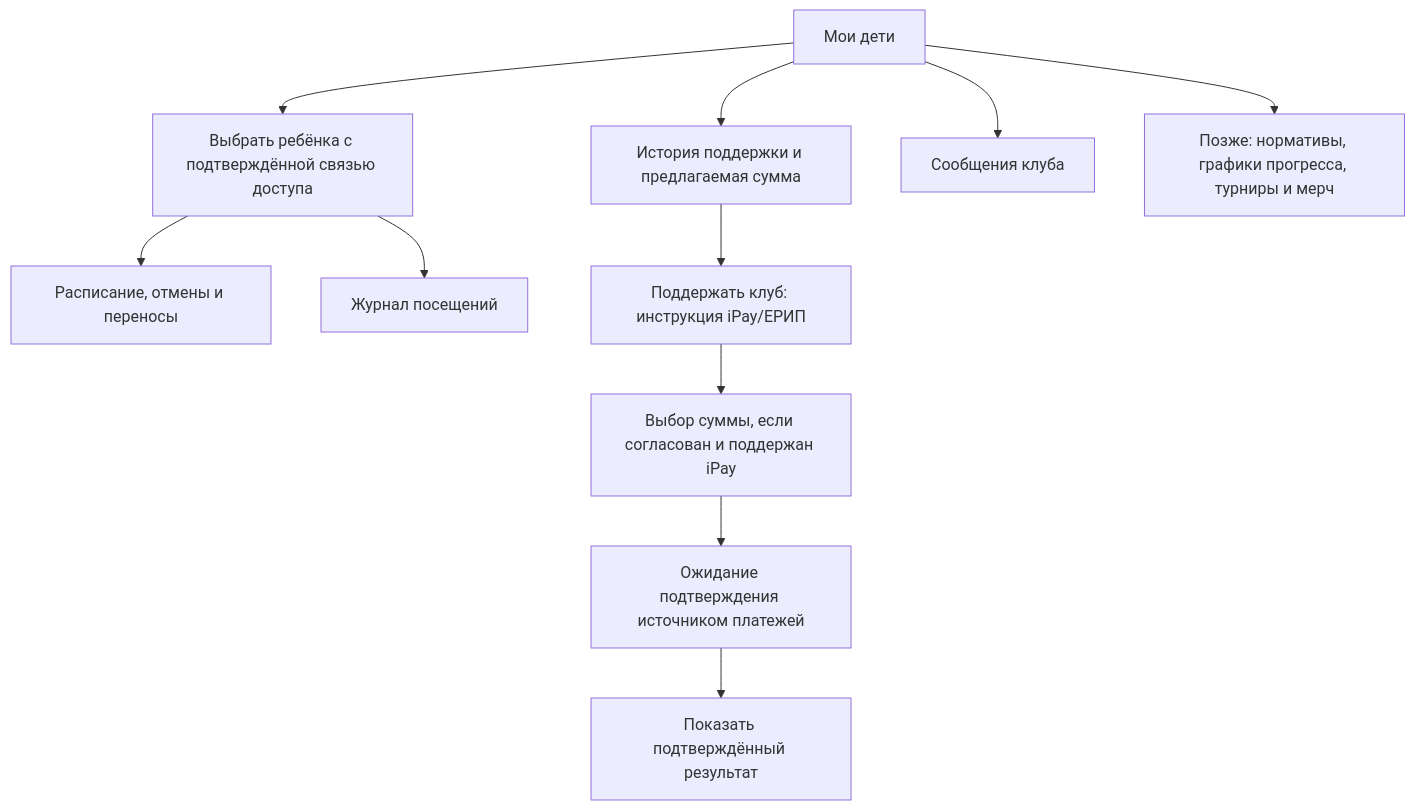
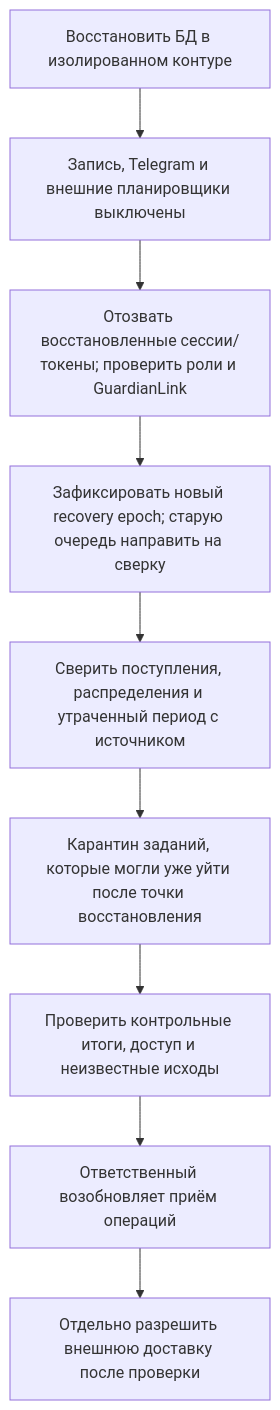
The eighth of 10 diagrams in planning/APP-FLOWS.md (StarMadeGalaxy/JudeOS), drawn with Mermaid before and after one commit. The commit also changed other lines of this file and 20 other files, not shown here.

Commit message:
docs: align MVP plan and architecture after critical review

````diff
--- a/planning/APP-FLOWS.md
+++ b/planning/APP-FLOWS.md
@@ -83,13 +167,11 @@
 ```mermaid
 flowchart TB
-    Home["Мои дети"] --> Child["Выбрать ребёнка с подтверждённой связью доступа"]
-    Child --> Schedule["Расписание, отмены и переносы"]
-    Child --> Attendance["Журнал посещений"]
-    Home --> Support["История поддержки и предлагаемая сумма"]
-    Support --> Pay["Поддержать клуб: инструкция iPay/ЕРИП"]
-    Pay --> Choice["Выбор суммы, если согласован и поддержан iPay"]
-    Choice --> Pending["Ожидание подтверждения источником платежей"]
-    Pending --> Result["Показать подтверждённый результат"]
-    Home --> News["Сообщения клуба"]
-    Home --> Future["Позже: нормативы, графики прогресса, турниры и мерч"]
+    Restore["Восстановить БД в изолированном контуре"] --> Pause["Запись, Telegram и внешние планировщики выключены"]
+    Pause --> Rights["Отозвать восстановленные сессии/токены; проверить роли и GuardianLink"]
+    Rights --> Epoch["Зафиксировать новый recovery epoch; старую очередь направить на сверку"]
+    Epoch --> Money["Сверить поступления, распределения и утраченный период с источником"]
+    Money --> Messages["Карантин заданий, которые могли уже уйти после точки восстановления"]
+    Messages --> Totals["Проверить контрольные итоги, доступ и неизвестные исходы"]
+    Totals --> Write["Ответственный возобновляет приём операций"]
+    Write --> Delivery["Отдельно разрешить внешнюю доставку после проверки"]
 ```
````
